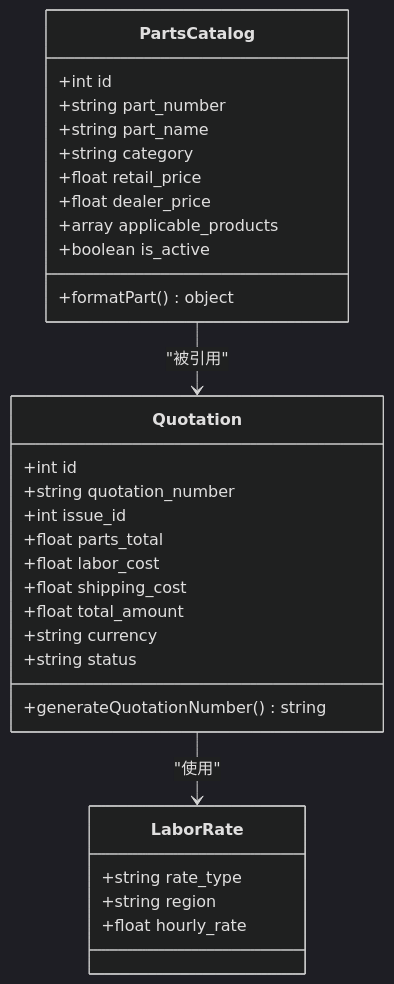
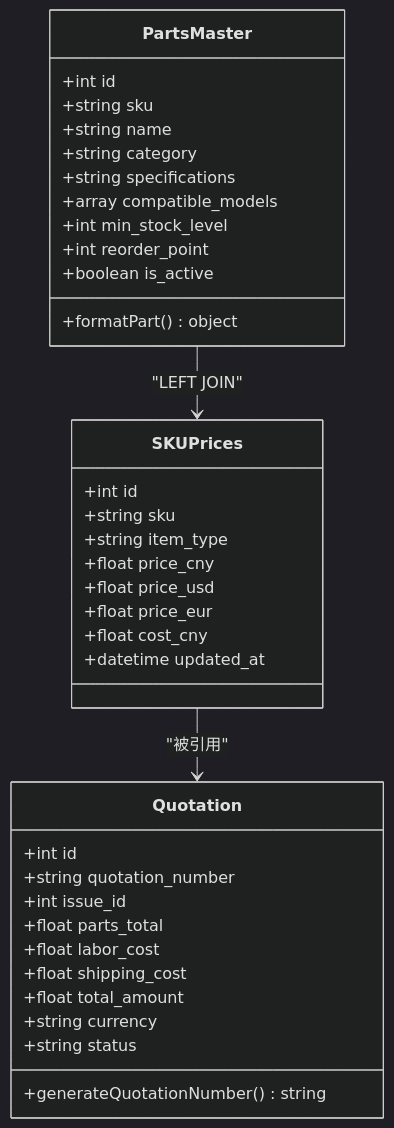
One commit to CubeEdge/Longhorn changed the third of 12 diagrams in .qoder/repowiki/zh/content/数据库设计/服务配件SKU定价.md. Above: the diagram before and after it, drawn with Mermaid (dark theme). The commit also changed other lines of this file and 53 other files, not shown here.

````diff
--- a/.qoder/repowiki/zh/content/数据库设计/服务配件SKU定价.md
+++ b/.qoder/repowiki/zh/content/数据库设计/服务配件SKU定价.md
@@ -152,33 +169,39 @@
 ```mermaid
 classDiagram
-class PartsCatalog {
+class PartsMaster {
 +int id
-+string part_number
-+string part_name
++string sku
++string name
 +string category
-+float retail_price
-+float dealer_price
-+array applicable_products
++string specifications
++array compatible_models
++int min_stock_level
++int reorder_point
 +boolean is_active
 +formatPart() object
+}
+class SKUPrices {
++int id
++string sku
++string item_type
++float price_cny
++float price_usd
++float price_eur
++float cost_cny
++datetime updated_at
 }
 class Quotation {
 +int id
 +string quotation_number
 +int issue_id
 +float parts_total
 +float labor_cost
 +float shipping_cost
 +float total_amount
 +string currency
 +string status
 +generateQuotationNumber() string
 }
-class LaborRate {
-+string rate_type
-+string region
-+float hourly_rate
-}
-PartsCatalog --> Quotation : "被引用"
-Quotation --> LaborRate : "使用"
+PartsMaster --> SKUPrices : "LEFT JOIN"
+SKUPrices --> Quotation : "被引用"
 ```
````
